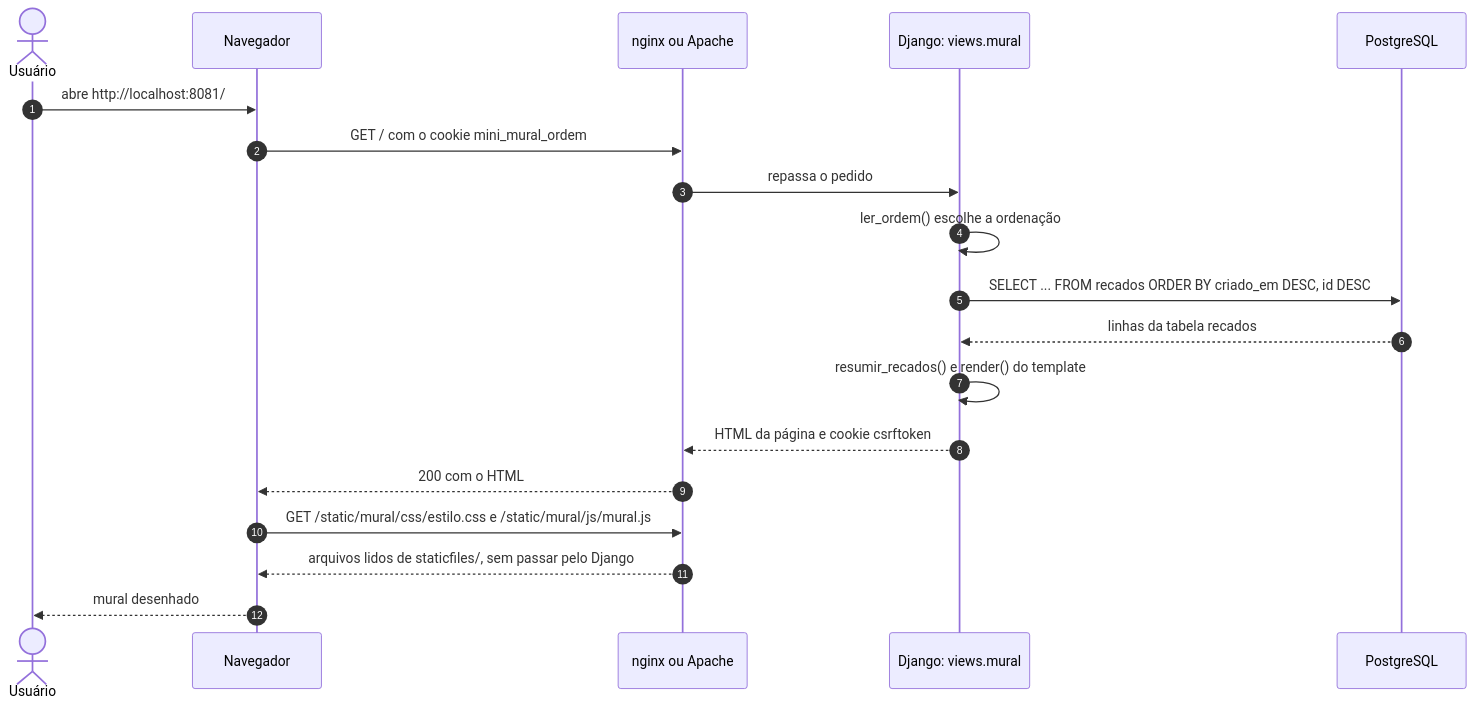
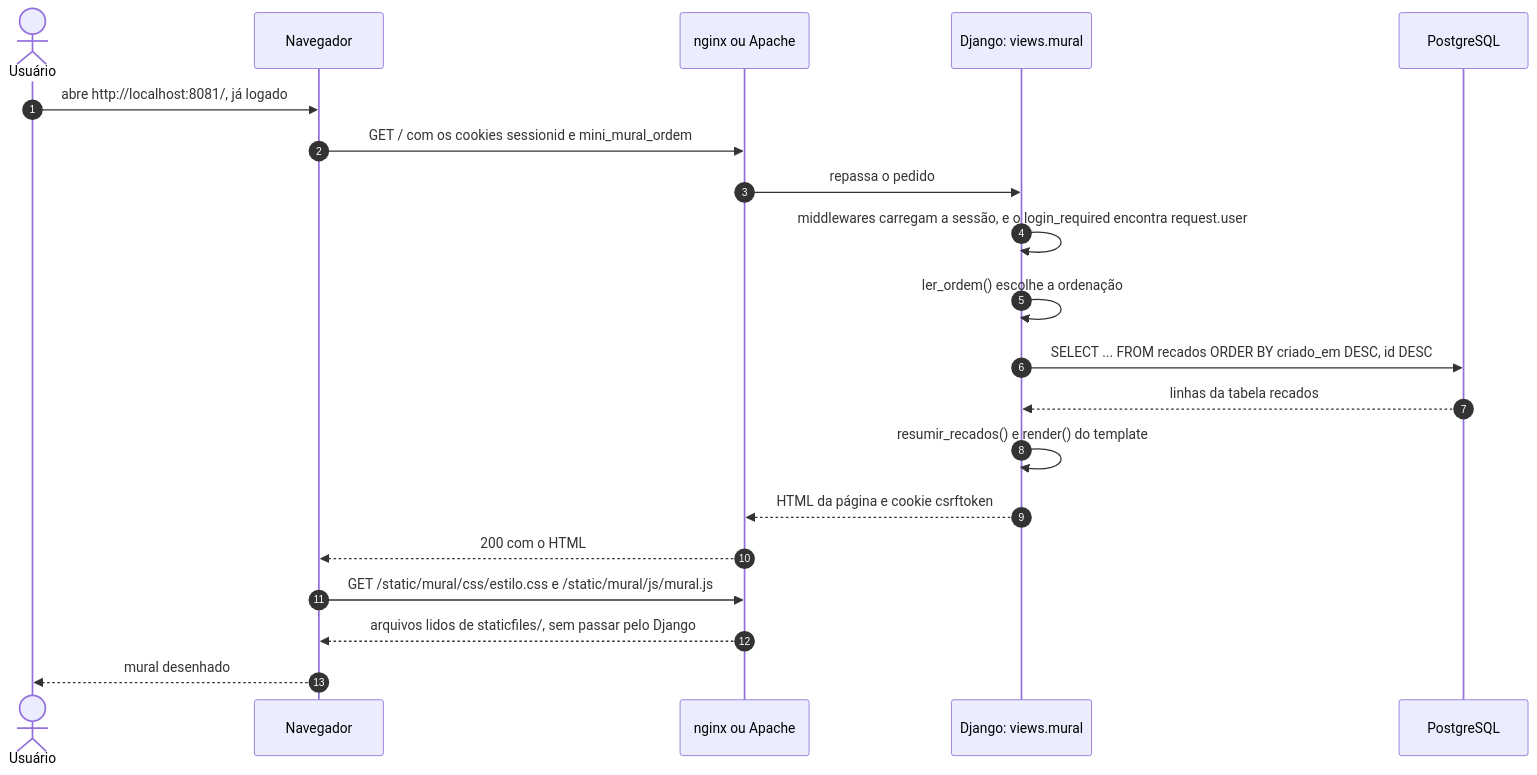
Before and after one commit to jacksongomesbr/uft-cc-dwm-mini-mural-django: the third of 11 diagrams in docs/funcionamento.md, drawn with Mermaid. The commit also changed other lines of this file and 6 other files, not shown here.

````diff
--- a/docs/funcionamento.md
+++ b/docs/funcionamento.md
@@ -112,22 +137,23 @@
 ```mermaid
 sequenceDiagram
     autonumber
     actor U as Usuário
     participant N as Navegador
     participant S as nginx ou Apache
     participant D as Django: views.mural
     participant B as PostgreSQL
 
-    U->>N: abre http://localhost:8081/
-    N->>S: GET / com o cookie mini_mural_ordem
+    U->>N: abre http://localhost:8081/, já logado
+    N->>S: GET / com os cookies sessionid e mini_mural_ordem
     S->>D: repassa o pedido
+    D->>D: middlewares carregam a sessão, e o login_required encontra request.user
     D->>D: ler_ordem() escolhe a ordenação
     D->>B: SELECT ... FROM recados ORDER BY criado_em DESC, id DESC
     B-->>D: linhas da tabela recados
     D->>D: resumir_recados() e render() do template
     D-->>S: HTML da página e cookie csrftoken
     S-->>N: 200 com o HTML
     N->>S: GET /static/mural/css/estilo.css e /static/mural/js/mural.js
     S-->>N: arquivos lidos de staticfiles/, sem passar pelo Django
     N-->>U: mural desenhado
 ```
````
